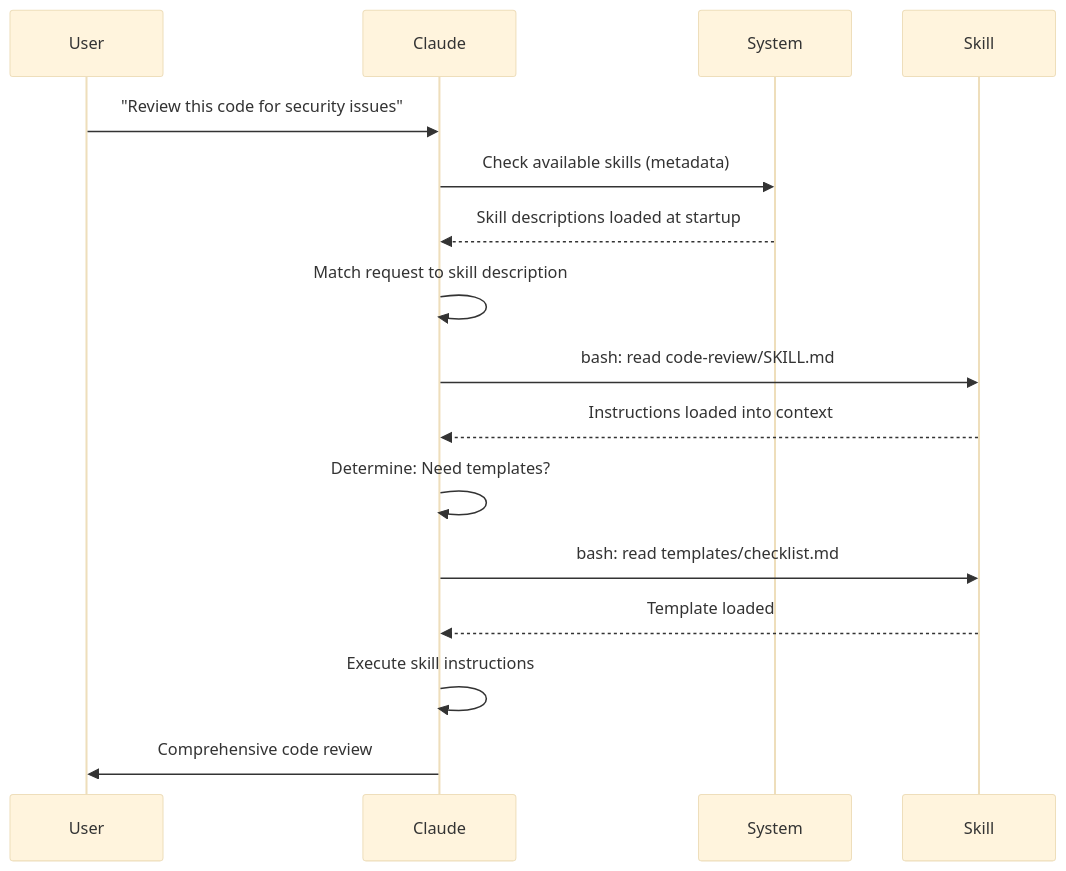
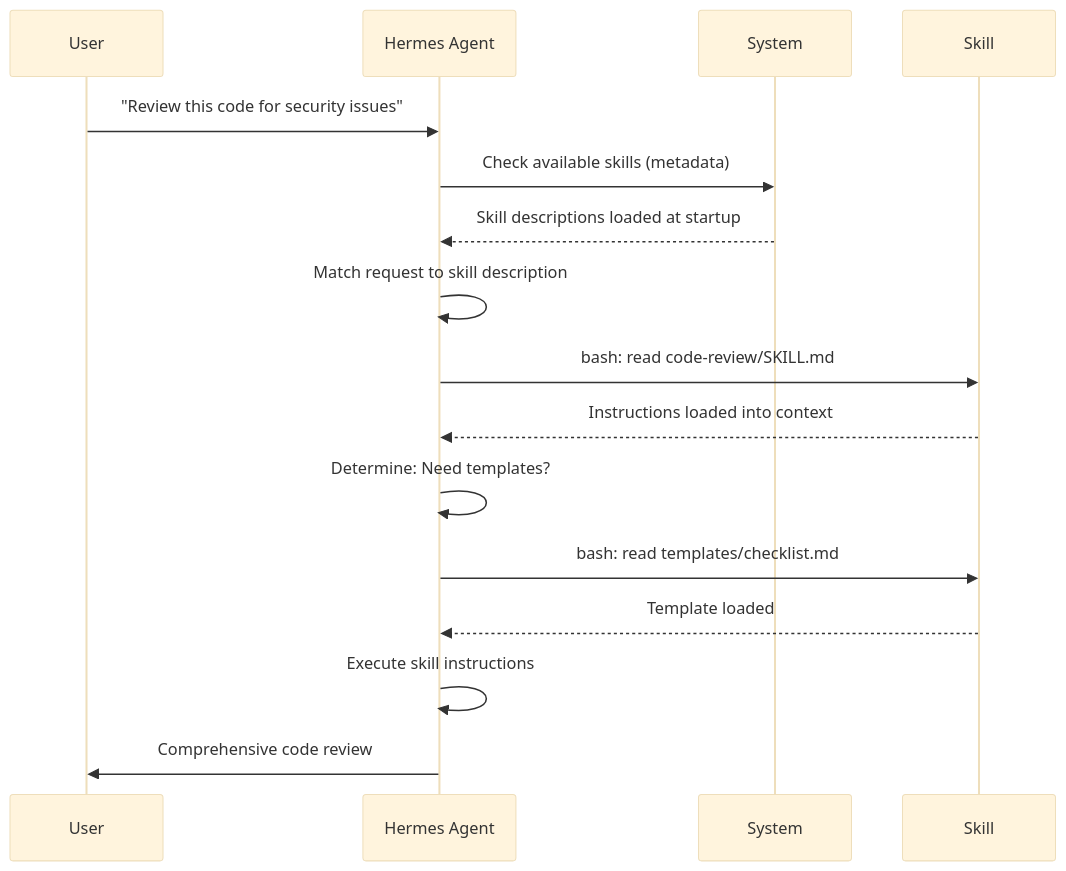
The second of 2 diagrams in 03-skills/skill-lifecycle.md (1234567mm/hermes-howto), drawn with Mermaid (base theme) before and after one commit. The commit also changed other lines of this file and 57 other files, not shown here.

First line of the commit message:
refactor: Complete Hermes Agent branding and self-testing infrastructure

````diff
--- a/03-skills/skill-lifecycle.md
+++ b/03-skills/skill-lifecycle.md
@@ -48,19 +48,19 @@
 ```mermaid
 sequenceDiagram
     participant User
-    participant Claude as Claude
+    participant Hermes as Hermes Agent
     participant System as System
     participant Skill as Skill
 
-    User->>Claude: "Review this code for security issues"
-    Claude->>System: Check available skills (metadata)
-    System-->>Claude: Skill descriptions loaded at startup
-    Claude->>Claude: Match request to skill description
-    Claude->>Skill: bash: read code-review/SKILL.md
-    Skill-->>Claude: Instructions loaded into context
-    Claude->>Claude: Determine: Need templates?
-    Claude->>Skill: bash: read templates/checklist.md
-    Skill-->>Claude: Template loaded
-    Claude->>Claude: Execute skill instructions
-    Claude->>User: Comprehensive code review
+    User->>Hermes: "Review this code for security issues"
+    Hermes->>System: Check available skills (metadata)
+    System-->>Hermes: Skill descriptions loaded at startup
+    Hermes->>Hermes: Match request to skill description
+    Hermes->>Skill: bash: read code-review/SKILL.md
+    Skill-->>Hermes: Instructions loaded into context
+    Hermes->>Hermes: Determine: Need templates?
+    Hermes->>Skill: bash: read templates/checklist.md
+    Skill-->>Hermes: Template loaded
+    Hermes->>Hermes: Execute skill instructions
+    Hermes->>User: Comprehensive code review
 ```
````
